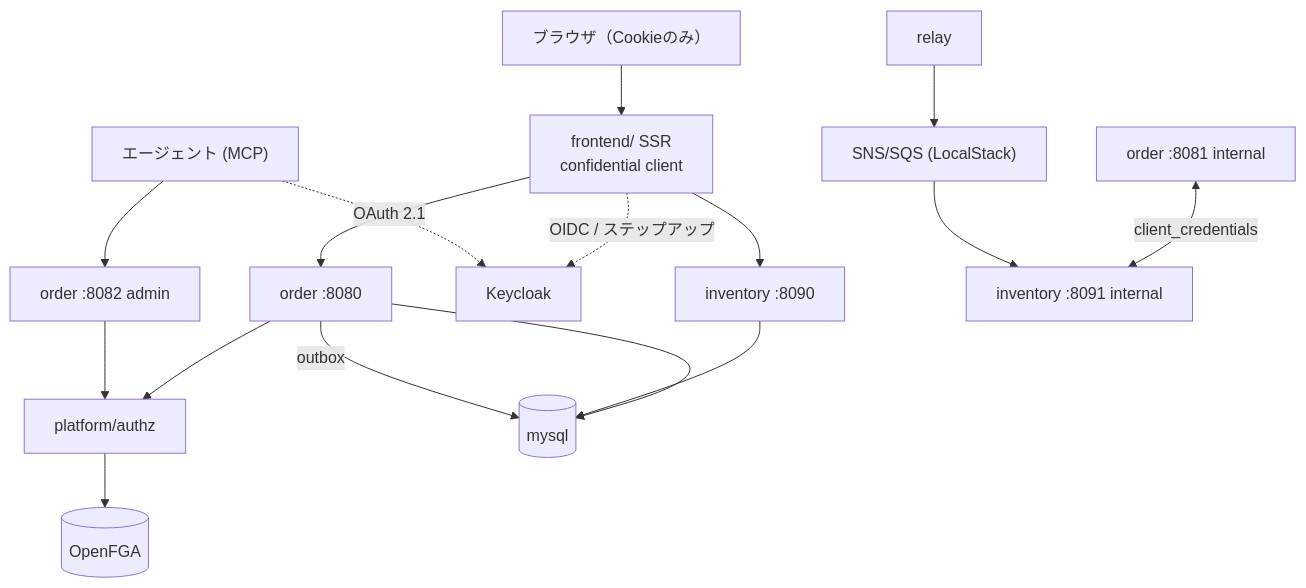
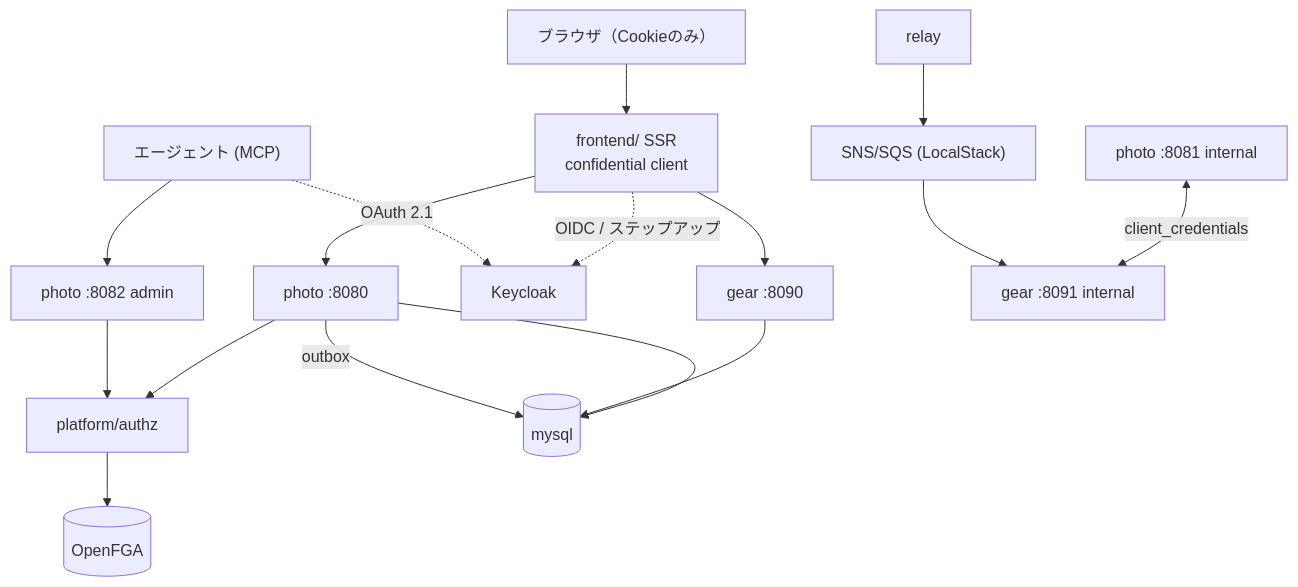
One commit to rikukaInoue/greenfield changed the diagram in docs/02-architecture.md. Above: the diagram before and after it, drawn with Mermaid. The commit also changed other lines of this file and 43 other files, not shown here.

````diff
--- a/docs/02-architecture.md
+++ b/docs/02-architecture.md
@@ -41,15 +62,15 @@
 ```mermaid
 flowchart TB
     B["ブラウザ（Cookieのみ）"] --> SSR["frontend/ SSR<br/>confidential client"]
-    SSR --> O8080["order :8080"]
-    SSR --> I8090["inventory :8090"]
+    SSR --> O8080["photo :8080"]
+    SSR --> I8090["gear :8090"]
     SSR -.->|OIDC / ステップアップ| KC["Keycloak"]
     AG["エージェント (MCP)"] -.->|OAuth 2.1| KC
-    AG --> O8082["order :8082 admin"]
-    O8081["order :8081 internal"] <-->|client_credentials| I8091["inventory :8091 internal"]
+    AG --> O8082["photo :8082 admin"]
+    O8081["photo :8081 internal"] <-->|client_credentials| I8091["gear :8091 internal"]
     O8080 & O8082 --> AZ["platform/authz"] --> FGA[(OpenFGA)]
     O8080 --> DB[(mysql)]
     I8090 --> DB
     O8080 -->|outbox| DB
     RELAY["relay"] --> SNS["SNS/SQS (LocalStack)"] --> I8091
 ```
````
